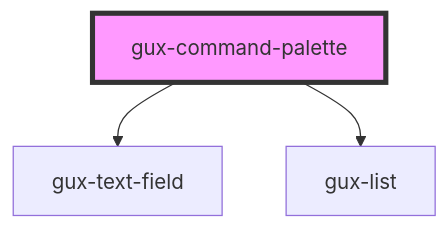
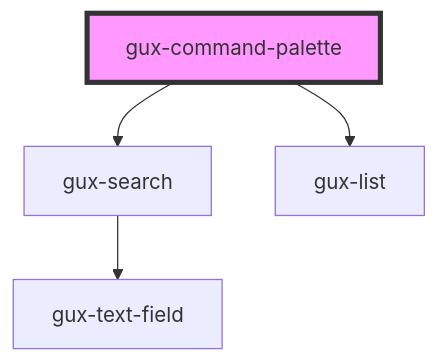
The diagram in src/components/global/gux-command-palette/readme.md (MyPureCloud/genesys-spark), drawn with Mermaid before and after one commit. The commit also changed other lines of this file and 3 other files, not shown here.

Commit message:
fix(command palette): use search component

````diff
--- a/src/components/global/gux-command-palette/readme.md
+++ b/src/components/global/gux-command-palette/readme.md
@@ -48,6 +48,7 @@
 ```mermaid
 graph TD;
-  gux-command-palette --> gux-text-field
+  gux-command-palette --> gux-search
   gux-command-palette --> gux-list
+  gux-search --> gux-text-field
   style gux-command-palette fill:#f9f,stroke:#333,stroke-width:4px
 ```
````
